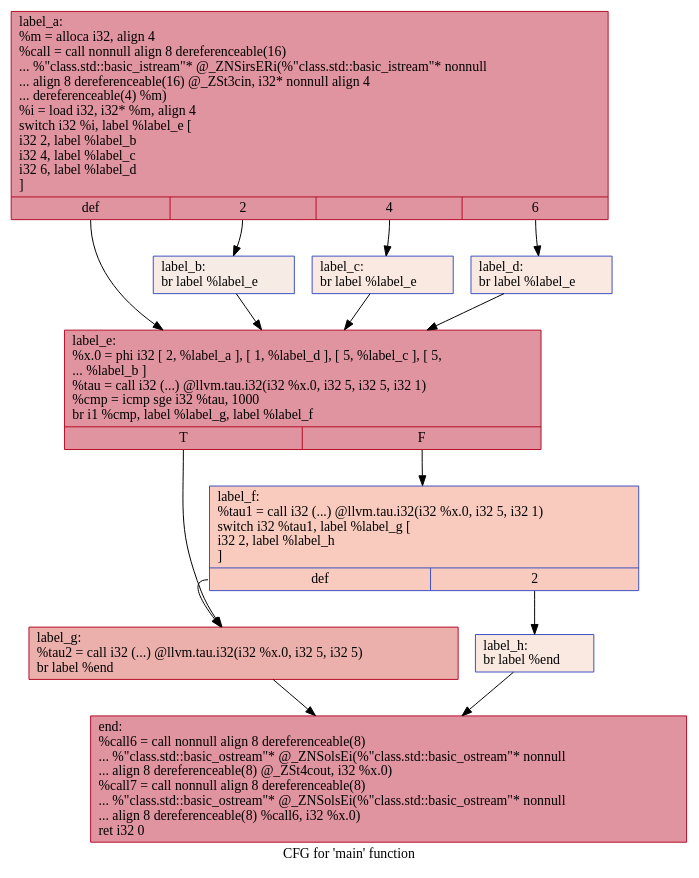
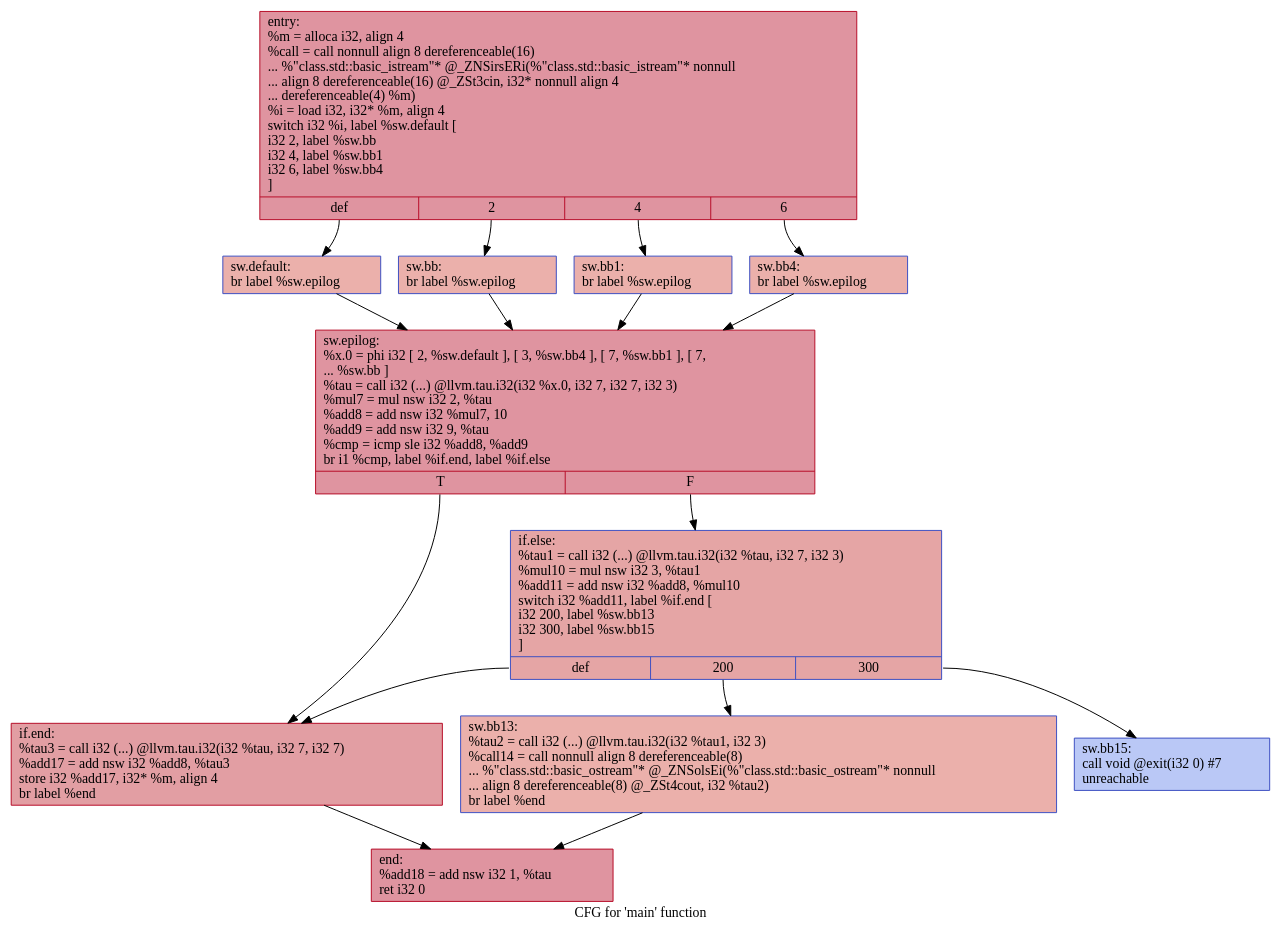
One commit to HPSSA-LLVM/HPSSA-LLVM changed the diagram in IR/cfg/specSCCP_HPSSA.dot. Above: the diagram before and after it, drawn with Graphviz. The commit also changed 23 other files, not shown here.

```diff
--- a/IR/cfg/specSCCP_HPSSA.dot
+++ b/IR/cfg/specSCCP_HPSSA.dot
@@ -1,26 +1,30 @@
 digraph "CFG for 'main' function" {
 	label="CFG for 'main' function";
 
-	Node0x55c26d243f50 [shape=record,color="#b70d28ff", style=filled, fillcolor="#b70d2870",label="{label_a:\l  %m = alloca i32, align 4\l  %call = call nonnull align 8 dereferenceable(16)\l... %\"class.std::basic_istream\"* @_ZNSirsERi(%\"class.std::basic_istream\"* nonnull\l... align 8 dereferenceable(16) @_ZSt3cin, i32* nonnull align 4\l... dereferenceable(4) %m)\l  %i = load i32, i32* %m, align 4\l  switch i32 %i, label %label_e [\l    i32 2, label %label_b\l    i32 4, label %label_c\l    i32 6, label %label_d\l  ]\l|{<s0>def|<s1>2|<s2>4|<s3>6}}"];
-	Node0x55c26d243f50:s0 -> Node0x55c26d244390;
-	Node0x55c26d243f50:s1 -> Node0x55c26d244490;
-	Node0x55c26d243f50:s2 -> Node0x55c26d244590;
-	Node0x55c26d243f50:s3 -> Node0x55c26d244690;
-	Node0x55c26d244490 [shape=record,color="#3d50c3ff", style=filled, fillcolor="#ecd3c570",label="{label_b:                                          \l  br label %label_e\l}"];
-	Node0x55c26d244490 -> Node0x55c26d244390;
-	Node0x55c26d244590 [shape=record,color="#3d50c3ff", style=filled, fillcolor="#f1ccb870",label="{label_c:                                          \l  br label %label_e\l}"];
-	Node0x55c26d244590 -> Node0x55c26d244390;
-	Node0x55c26d244690 [shape=record,color="#3d50c3ff", style=filled, fillcolor="#f1ccb870",label="{label_d:                                          \l  br label %label_e\l}"];
-	Node0x55c26d244690 -> Node0x55c26d244390;
-	Node0x55c26d244390 [shape=record,color="#b70d28ff", style=filled, fillcolor="#b70d2870",label="{label_e:                                          \l  %x.0 = phi i32 [ 2, %label_a ], [ 1, %label_d ], [ 5, %label_c ], [ 5,\l... %label_b ]\l  %tau = call i32 (...) @llvm.tau.i32(i32 %x.0, i32 5, i32 5, i32 1)\l  %cmp = icmp sge i32 %tau, 1000\l  br i1 %cmp, label %label_g, label %label_f\l|{<s0>T|<s1>F}}"];
-	Node0x55c26d244390:s0 -> Node0x55c26d244d60;
-	Node0x55c26d244390:s1 -> Node0x55c26d244dd0;
-	Node0x55c26d244dd0 [shape=record,color="#3d50c3ff", style=filled, fillcolor="#ef886b70",label="{label_f:                                          \l  %tau1 = call i32 (...) @llvm.tau.i32(i32 %x.0, i32 5, i32 1)\l  switch i32 %tau1, label %label_g [\l    i32 2, label %label_h\l  ]\l|{<s0>def|<s1>2}}"];
-	Node0x55c26d244dd0:s0 -> Node0x55c26d244d60;
-	Node0x55c26d244dd0:s1 -> Node0x55c26d245100;
-	Node0x55c26d244d60 [shape=record,color="#b70d28ff", style=filled, fillcolor="#d24b4070",label="{label_g:                                          \l  %tau2 = call i32 (...) @llvm.tau.i32(i32 %x.0, i32 5, i32 5)\l  br label %end\l}"];
-	Node0x55c26d244d60 -> Node0x55c26d2452c0;
-	Node0x55c26d245100 [shape=record,color="#3d50c3ff", style=filled, fillcolor="#f1ccb870",label="{label_h:                                          \l  br label %end\l}"];
-	Node0x55c26d245100 -> Node0x55c26d2452c0;
-	Node0x55c26d2452c0 [shape=record,color="#b70d28ff", style=filled, fillcolor="#b70d2870",label="{end:                                              \l  %call6 = call nonnull align 8 dereferenceable(8)\l... %\"class.std::basic_ostream\"* @_ZNSolsEi(%\"class.std::basic_ostream\"* nonnull\l... align 8 dereferenceable(8) @_ZSt4cout, i32 %x.0)\l  %call7 = call nonnull align 8 dereferenceable(8)\l... %\"class.std::basic_ostream\"* @_ZNSolsEi(%\"class.std::basic_ostream\"* nonnull\l... align 8 dereferenceable(8) %call6, i32 %x.0)\l  ret i32 0\l}"];
+	Node0x560563ff5210 [shape=record,color="#b70d28ff", style=filled, fillcolor="#b70d2870",label="{entry:\l  %m = alloca i32, align 4\l  %call = call nonnull align 8 dereferenceable(16)\l... %\"class.std::basic_istream\"* @_ZNSirsERi(%\"class.std::basic_istream\"* nonnull\l... align 8 dereferenceable(16) @_ZSt3cin, i32* nonnull align 4\l... dereferenceable(4) %m)\l  %i = load i32, i32* %m, align 4\l  switch i32 %i, label %sw.default [\l    i32 2, label %sw.bb\l    i32 4, label %sw.bb1\l    i32 6, label %sw.bb4\l  ]\l|{<s0>def|<s1>2|<s2>4|<s3>6}}"];
+	Node0x560563ff5210:s0 -> Node0x560563ff5650;
+	Node0x560563ff5210:s1 -> Node0x560563ff5760;
+	Node0x560563ff5210:s2 -> Node0x560563ff5860;
+	Node0x560563ff5210:s3 -> Node0x560563ff5960;
+	Node0x560563ff5760 [shape=record,color="#3d50c3ff", style=filled, fillcolor="#d24b4070",label="{sw.bb:                                            \l  br label %sw.epilog\l}"];
+	Node0x560563ff5760 -> Node0x560563ff5a80;
+	Node0x560563ff5860 [shape=record,color="#3d50c3ff", style=filled, fillcolor="#d24b4070",label="{sw.bb1:                                           \l  br label %sw.epilog\l}"];
+	Node0x560563ff5860 -> Node0x560563ff5a80;
+	Node0x560563ff5960 [shape=record,color="#3d50c3ff", style=filled, fillcolor="#d24b4070",label="{sw.bb4:                                           \l  br label %sw.epilog\l}"];
+	Node0x560563ff5960 -> Node0x560563ff5a80;
+	Node0x560563ff5650 [shape=record,color="#3d50c3ff", style=filled, fillcolor="#d24b4070",label="{sw.default:                                       \l  br label %sw.epilog\l}"];
+	Node0x560563ff5650 -> Node0x560563ff5a80;
+	Node0x560563ff5a80 [shape=record,color="#b70d28ff", style=filled, fillcolor="#b70d2870",label="{sw.epilog:                                        \l  %x.0 = phi i32 [ 2, %sw.default ], [ 3, %sw.bb4 ], [ 7, %sw.bb1 ], [ 7,\l... %sw.bb ]\l  %tau = call i32 (...) @llvm.tau.i32(i32 %x.0, i32 7, i32 7, i32 3)\l  %mul7 = mul nsw i32 2, %tau\l  %add8 = add nsw i32 %mul7, 10\l  %add9 = add nsw i32 9, %tau\l  %cmp = icmp sle i32 %add8, %add9\l  br i1 %cmp, label %if.end, label %if.else\l|{<s0>T|<s1>F}}"];
+	Node0x560563ff5a80:s0 -> Node0x560563ff6530;
+	Node0x560563ff5a80:s1 -> Node0x560563ff65a0;
+	Node0x560563ff65a0 [shape=record,color="#3d50c3ff", style=filled, fillcolor="#c5333470",label="{if.else:                                          \l  %tau1 = call i32 (...) @llvm.tau.i32(i32 %tau, i32 7, i32 3)\l  %mul10 = mul nsw i32 3, %tau1\l  %add11 = add nsw i32 %add8, %mul10\l  switch i32 %add11, label %if.end [\l    i32 200, label %sw.bb13\l    i32 300, label %sw.bb15\l  ]\l|{<s0>def|<s1>200|<s2>300}}"];
+	Node0x560563ff65a0:s0 -> Node0x560563ff6530;
+	Node0x560563ff65a0:s1 -> Node0x560563ff68c0;
+	Node0x560563ff65a0:s2 -> Node0x560563ff6960;
+	Node0x560563ff68c0 [shape=record,color="#3d50c3ff", style=filled, fillcolor="#d24b4070",label="{sw.bb13:                                          \l  %tau2 = call i32 (...) @llvm.tau.i32(i32 %tau1, i32 3)\l  %call14 = call nonnull align 8 dereferenceable(8)\l... %\"class.std::basic_ostream\"* @_ZNSolsEi(%\"class.std::basic_ostream\"* nonnull\l... align 8 dereferenceable(8) @_ZSt4cout, i32 %tau2)\l  br label %end\l}"];
+	Node0x560563ff68c0 -> Node0x560563ff6e90;
+	Node0x560563ff6960 [shape=record,color="#3d50c3ff", style=filled, fillcolor="#6282ea70",label="{sw.bb15:                                          \l  call void @exit(i32 0) #7\l  unreachable\l}"];
+	Node0x560563ff6530 [shape=record,color="#b70d28ff", style=filled, fillcolor="#be242e70",label="{if.end:                                           \l  %tau3 = call i32 (...) @llvm.tau.i32(i32 %tau, i32 7, i32 7)\l  %add17 = add nsw i32 %add8, %tau3\l  store i32 %add17, i32* %m, align 4\l  br label %end\l}"];
+	Node0x560563ff6530 -> Node0x560563ff6e90;
+	Node0x560563ff6e90 [shape=record,color="#b70d28ff", style=filled, fillcolor="#b70d2870",label="{end:                                              \l  %add18 = add nsw i32 1, %tau\l  ret i32 0\l}"];
 }
```
